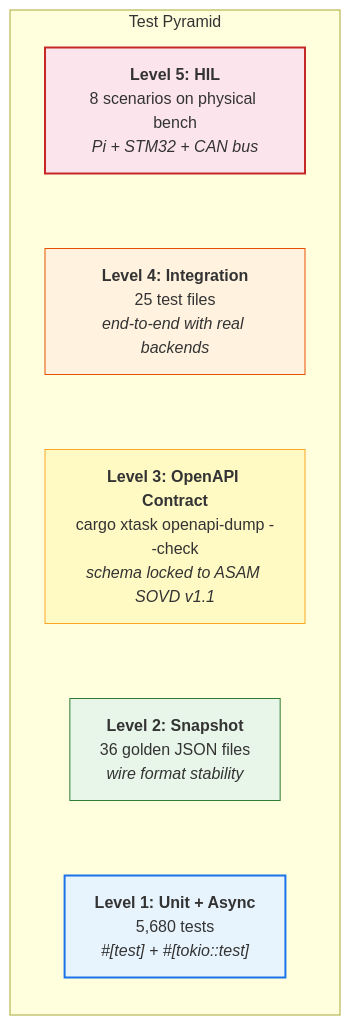
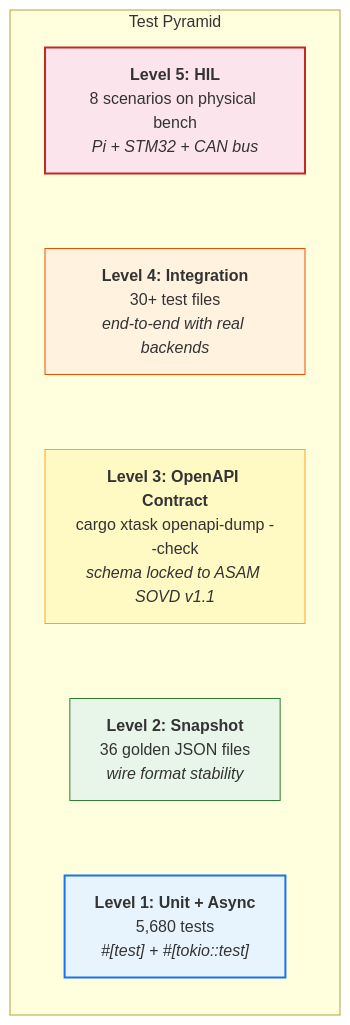
Before and after one commit to nhuvaoanh123/taktflow-opensovd: the first of 2 diagrams in docs/TEST-STRATEGY.md, drawn with Mermaid. The commit also changed other lines of this file and 20 other files, not shown here.

````diff
--- a/docs/TEST-STRATEGY.md
+++ b/docs/TEST-STRATEGY.md
@@ -8,19 +8,19 @@
 ```mermaid
 graph TB
     subgraph PYRAMID ["Test Pyramid"]
         direction TB
         HIL["<b>Level 5: HIL</b><br/>8 scenarios on physical bench<br/><i>Pi + STM32 + CAN bus</i>"]
-        INT["<b>Level 4: Integration</b><br/>25 test files<br/><i>end-to-end with real backends</i>"]
+        INT["<b>Level 4: Integration</b><br/>30+ test files<br/><i>end-to-end with real backends</i>"]
         OA["<b>Level 3: OpenAPI Contract</b><br/>cargo xtask openapi-dump --check<br/><i>schema locked to ASAM SOVD v1.1</i>"]
         SNAP["<b>Level 2: Snapshot</b><br/>36 golden JSON files<br/><i>wire format stability</i>"]
         UNIT["<b>Level 1: Unit + Async</b><br/>5,680 tests<br/><i>#[test] + #[tokio::test]</i>"]
     end
 
     HIL ~~~ INT ~~~ OA ~~~ SNAP ~~~ UNIT
 
     style HIL fill:#fce4ec,stroke:#c62828,stroke-width:2px
     style INT fill:#fff3e0,stroke:#e65100
     style OA fill:#fff9c4,stroke:#f9a825
     style SNAP fill:#e8f5e9,stroke:#2e7d32
     style UNIT fill:#e8f4fd,stroke:#1a73e8,stroke-width:2px
 ```
````
